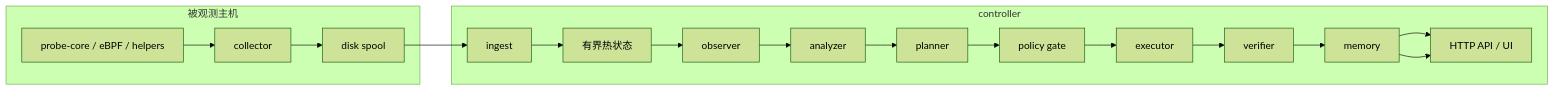
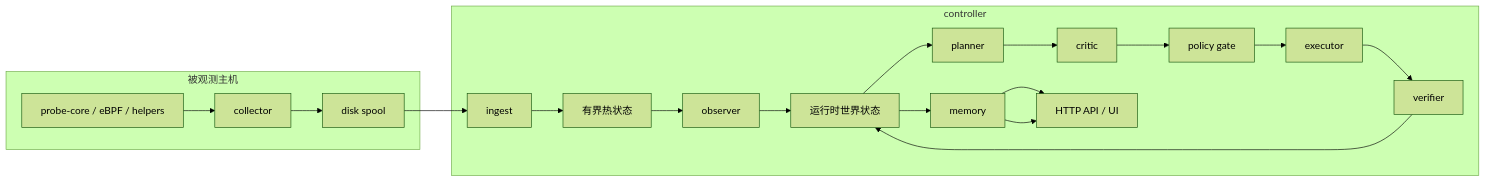
The diagram in README.zh-CN.md (jfang2048/ai_sre_agent_pub), drawn with Mermaid (forest theme) before and after one commit. The commit also changed other lines of this file and 9 other files, not shown here.

````diff
--- a/README.zh-CN.md
+++ b/README.zh-CN.md
@@ -89,27 +149,29 @@
 ```mermaid
 flowchart LR
     subgraph Host[被观测主机]
-      P[probe-core / eBPF / helpers]
-      C[collector]
-      S[disk spool]
-      P --> C --> S
+      Probe[probe-core / eBPF / helpers]
+      Collector[collector]
+      Spool[disk spool]
+      Probe --> Collector --> Spool
     end
 
     subgraph Controller[controller]
-      I[ingest]
-      H[有界热状态]
-      O[observer]
-      A[analyzer]
-      R[planner]
-      G[policy gate]
-      X[executor]
-      V[verifier]
-      M[memory]
-      U[HTTP API / UI]
+      Ingest[ingest]
+      Hot[有界热状态]
+      Observer[observer]
+      World[运行时世界状态]
+      Planner[planner]
+      Critic[critic]
+      Gate[policy gate]
+      Executor[executor]
+      Verifier[verifier]
+      Memory[memory]
+      UI[HTTP API / UI]
 
-      I --> H --> O --> A --> R --> G --> X --> V --> M --> U
-      M --> U
+      Ingest --> Hot --> Observer --> World --> Planner --> Critic --> Gate --> Executor --> Verifier --> World
+      World --> Memory --> UI
+      Memory --> UI
     end
 
-    S --> I
+    Spool --> Ingest
 ```
````
